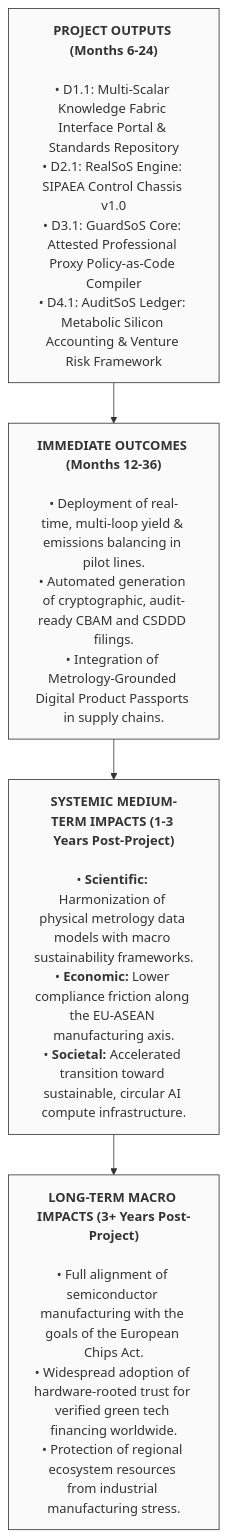
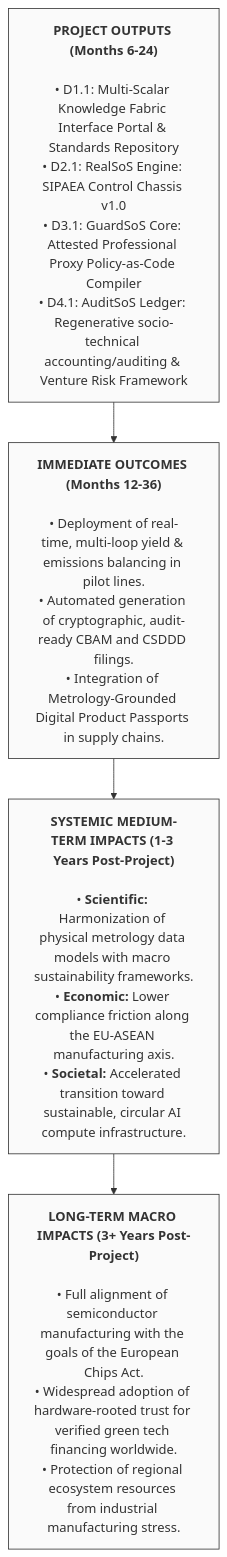
The diagram in Part.B.md (oxfordroadmap/prj_SCVCS), drawn with Mermaid before and after one commit. The commit also changed other lines of this file and 5 other files, not shown here.

Commit message:
regenerative instead of metabolic: thereby achieving the proposed Regenerative Socio-Technical (RST) roadmap by ensuring a global semcononduer-petro-chemical value chain that is regeneratively accountable, environmentally safe, and even geopolitically resilient.

````diff
--- a/Part.B.md
+++ b/Part.B.md
@@ -117,17 +117,17 @@
 ```mermaid
 flowchart TD
-    A["<strong>PROJECT OUTPUTS (Months 6-24)</strong><br><br>• D1.1: Multi-Scalar Knowledge Fabric Interface Portal & Standards Repository<br>• D2.1: RealSoS Engine: SIPAEA Control Chassis v1.0<br>• D3.1: GuardSoS Core: Attested Professional Proxy Policy-as-Code Compiler<br>• D4.1: AuditSoS Ledger: Metabolic Silicon Accounting & Venture Risk Framework"]
+    A["<strong>PROJECT OUTPUTS (Months 6-24)</strong><br><br>• D1.1: Multi-Scalar Knowledge Fabric Interface Portal & Standards Repository<br>• D2.1: RealSoS Engine: SIPAEA Control Chassis v1.0<br>• D3.1: GuardSoS Core: Attested Professional Proxy Policy-as-Code Compiler<br>• D4.1: AuditSoS Ledger: Regenerative socio-technical accounting/auditing & Venture Risk Framework"]
     
     B["<strong>IMMEDIATE OUTCOMES (Months 12-36)</strong><br><br>• Deployment of real-time, multi-loop yield & emissions balancing in pilot lines.<br>• Automated generation of cryptographic, audit-ready CBAM and CSDDD filings.<br>• Integration of Metrology-Grounded Digital Product Passports in supply chains."]
     
     C["<strong>SYSTEMIC MEDIUM-TERM IMPACTS (1-3 Years Post-Project)</strong><br><br>• <strong>Scientific:</strong> Harmonization of physical metrology data models with macro sustainability frameworks.<br>• <strong>Economic:</strong> Lower compliance friction along the EU-ASEAN manufacturing axis.<br>• <strong>Societal:</strong> Accelerated transition toward sustainable, circular AI compute infrastructure."]
     
     D["<strong>LONG-TERM MACRO IMPACTS (3+ Years Post-Project)</strong><br><br>• Full alignment of semiconductor manufacturing with the goals of the European Chips Act.<br>• Widespread adoption of hardware-rooted trust for verified green tech financing worldwide.<br>• Protection of regional ecosystem resources from industrial manufacturing stress."]
 
     A --> B
     B --> C
     C --> D
 
     classDef clean fill:#fafafa,stroke:#333,stroke-width:1px;
     class A,B,C,D clean;
 ```
````
